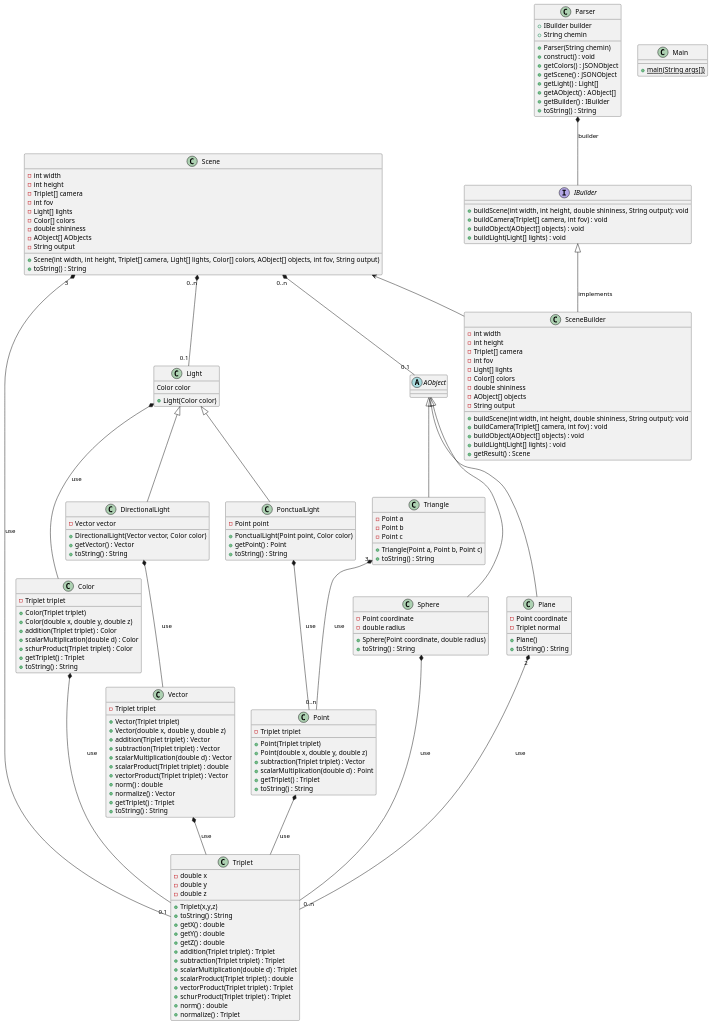
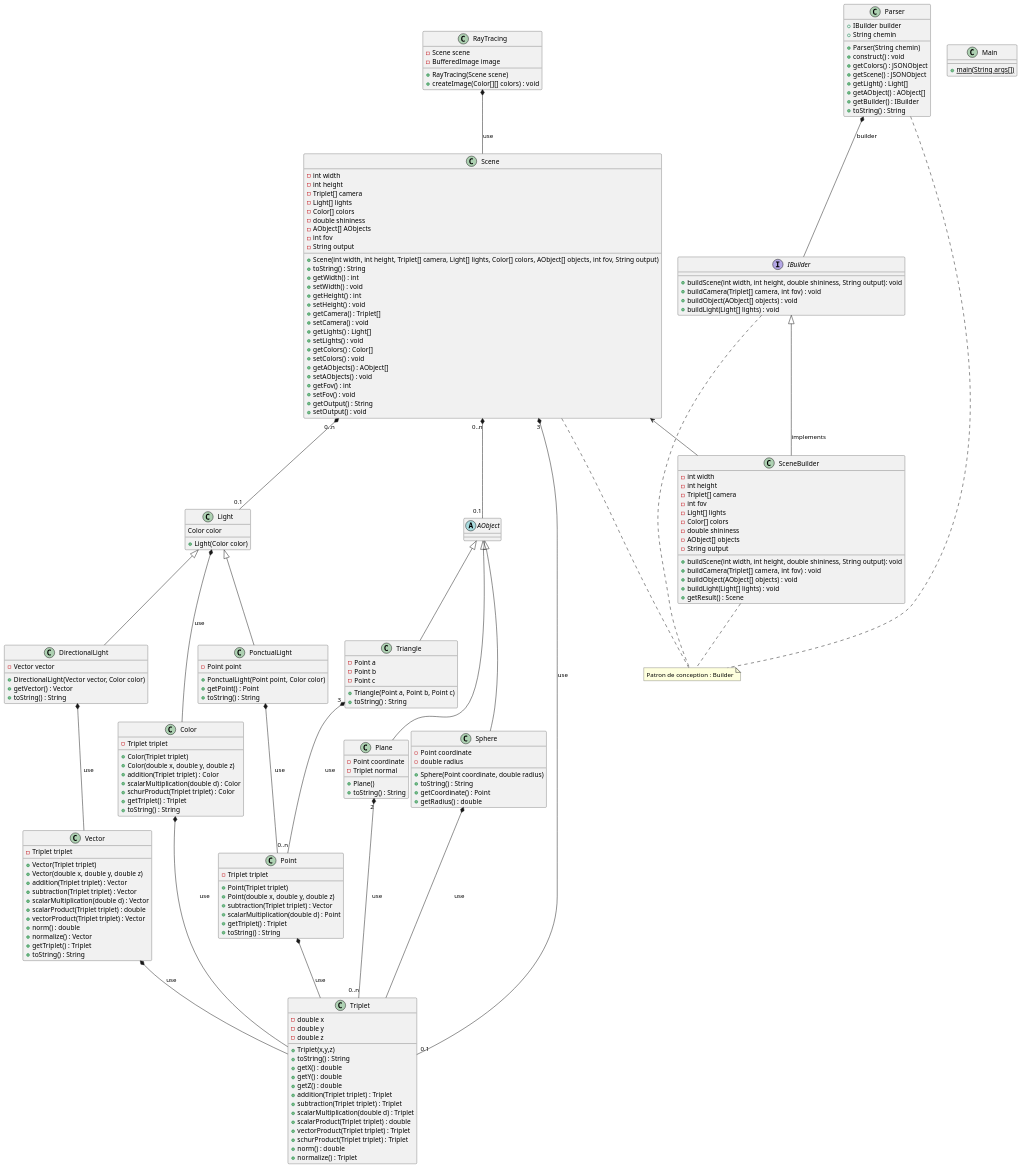
One commit to DarkWolf62/RaytracerLib changed the diagram in RayTracing.puml. Above: the diagram before and after it, drawn with PlantUML.

Commit message:
:memo: Update de l'UML

```diff
--- a/RayTracing.puml
+++ b/RayTracing.puml
@@ -38,6 +38,7 @@
 Scene "0..n" *-- "0.1" Light
 Scene "0..n" *-- "0.1" AObject
 Scene "3"*-- "0.1" Triplet : use
+RayTracing *-- Scene : use
 
 
 
@@ -137,26 +138,44 @@
 - double radius
 + Sphere(Point coordinate, double radius)
 + toString() : String
++ getCoordinate() : Point
++ getRadius() : double
 }
 
-/'note "Patron de conception : Builder" as N2
+note "Patron de conception : Builder" as N2
 Scene .. N2
 IBuilder .. N2
 SceneBuilder .. N2
-Parser .. N2'/
+Parser .. N2
 
 class Scene{
 - int width
 - int height
 - Triplet[] camera
-- int fov
 - Light[] lights
 - Color[] colors
 - double shininess
 - AObject[] AObjects
+- int fov
 - String output
 + Scene(int width, int height, Triplet[] camera, Light[] lights, Color[] colors, AObject[] objects, int fov, String output)
 + toString() : String
++ getWidth() : int
++ setWidth() : void
++ getHeight() : int
++ setHeight() : void
++ getCamera() : Triplet[]
++ setCamera() : void
++ getLights() : Light[]
++ setLights() : void
++ getColors() : Color[]
++ setColors() : void
++ getAObjects() : AObject[]
++ setAObjects() : void
++ getFov() : int
++ setFov() : void
++ getOutput() : String
++ setOutput() : void
 }
 
 interface IBuilder {
@@ -200,4 +219,11 @@
 + {static} main(String args[])
 }
 
+class RayTracing{
+- Scene scene
+- BufferedImage image
++ RayTracing(Scene scene)
++ createImage(Color[][] colors) : void
+}
+
 @enduml
```
